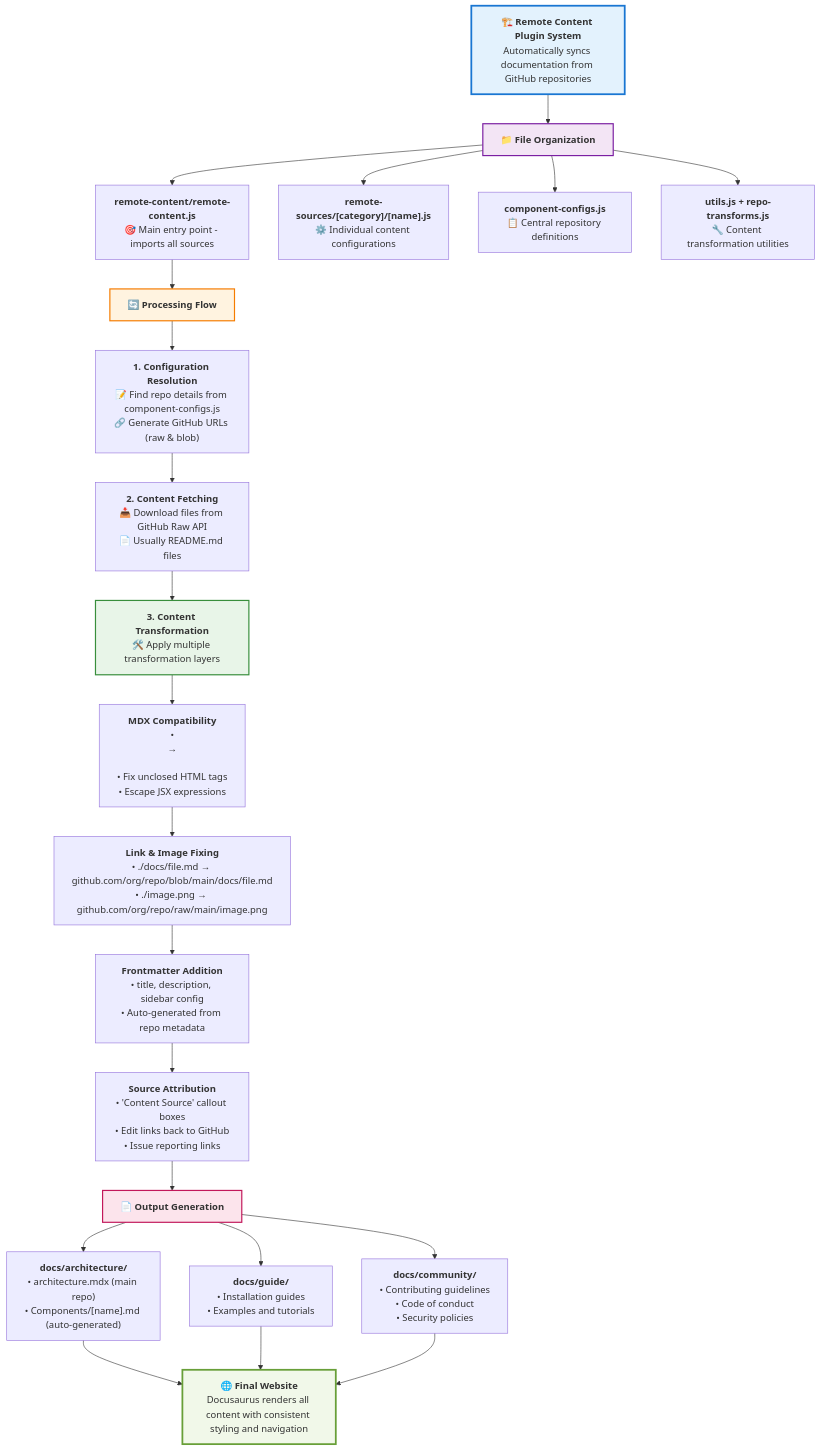
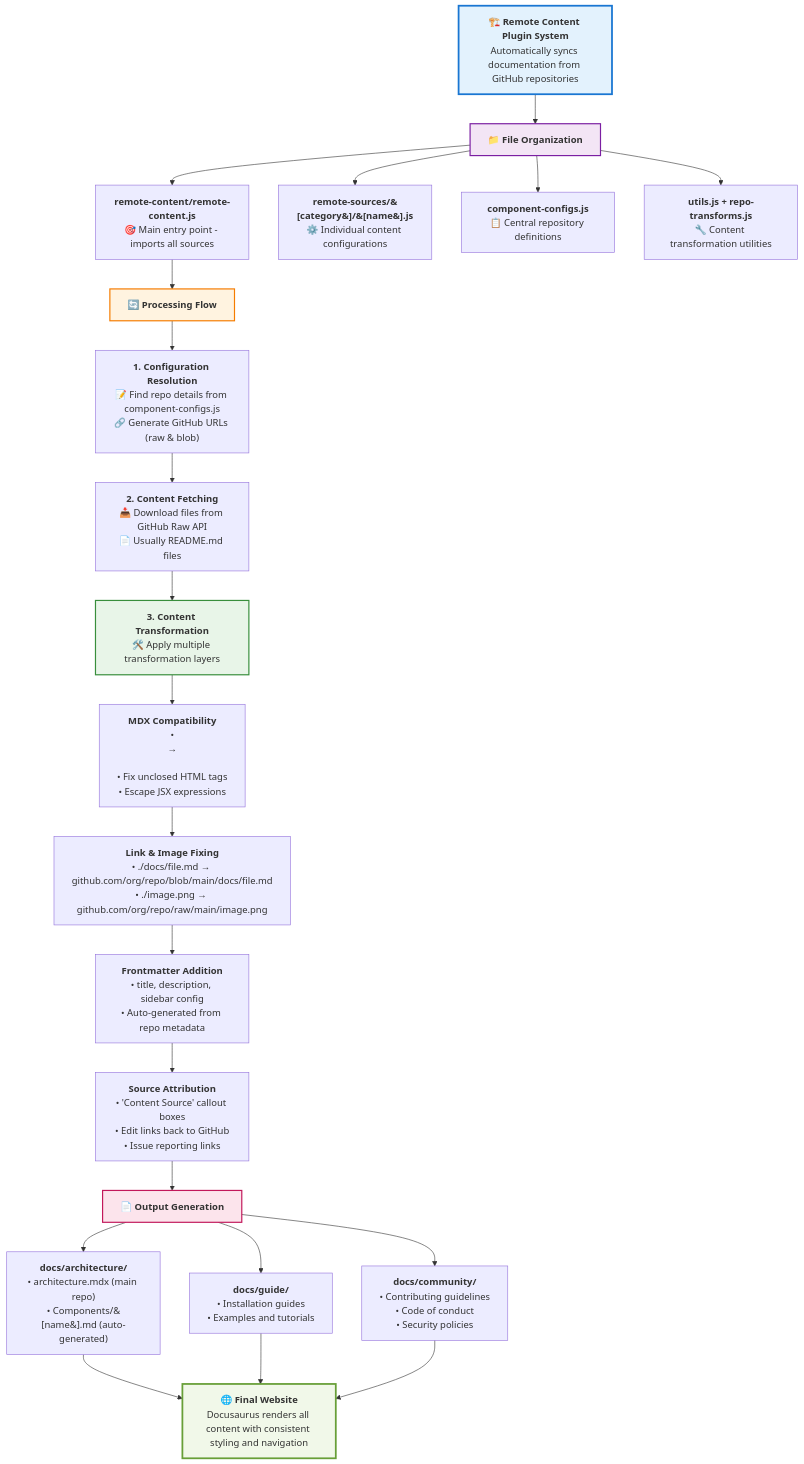
The first of 3 diagrams in remote-content/README.md (llm-d/llm-d.github.io), drawn with Mermaid before and after one commit. The commit also changed other lines of this file, not shown here.

Commit message:
Update README.md to fix mermaid escaping issues

````diff
--- a/remote-content/README.md
+++ b/remote-content/README.md
@@ -66,72 +66,72 @@
 ```mermaid
 flowchart TD
     A["`**🏗️ Remote Content Plugin System**
     Automatically syncs documentation from GitHub repositories`"] --> B["`**📁 File Organization**`"]
     
     B --> B1["`**remote-content/remote-content.js**
     🎯 Main entry point - imports all sources`"]
-    B --> B2["`**remote-sources/[category]/[name].js**
+    B --> B2["`**remote-sources/&#91;category&#93;/&#91;name&#93;.js**
     ⚙️ Individual content configurations`"]
     B --> B3["`**component-configs.js**
     📋 Central repository definitions`"]
     B --> B4["`**utils.js + repo-transforms.js**
     🔧 Content transformation utilities`"]
     
     B1 --> C["`**🔄 Processing Flow**`"]
     
     C --> C1["`**1. Configuration Resolution**
     📝 Find repo details from component-configs.js
     🔗 Generate GitHub URLs (raw & blob)`"]
     
     C1 --> C2["`**2. Content Fetching**
     📥 Download files from GitHub Raw API
     📄 Usually README.md files`"]
     
     C2 --> C3["`**3. Content Transformation**
     🛠️ Apply multiple transformation layers`"]
     
     C3 --> C3a["`**MDX Compatibility**
     • <br> → <br />
     • Fix unclosed HTML tags
     • Escape JSX expressions`"]
     
     C3a --> C3b["`**Link & Image Fixing**
     • ./docs/file.md → github.com/org/repo/blob/main/docs/file.md
     • ./image.png → github.com/org/repo/raw/main/image.png`"]
     
     C3b --> C3c["`**Frontmatter Addition**
     • title, description, sidebar config
     • Auto-generated from repo metadata`"]
     
     C3c --> C3d["`**Source Attribution**
     • 'Content Source' callout boxes
     • Edit links back to GitHub
     • Issue reporting links`"]
     
     C3d --> D["`**📄 Output Generation**`"]
     
     D --> D1["`**docs/architecture/**
     • architecture.mdx (main repo)
-    • Components/[name].md (auto-generated)`"]
+    • Components/&#91;name&#93;.md (auto-generated)`"]
     
     D --> D2["`**docs/guide/**
     • Installation guides
     • Examples and tutorials`"]
     
     D --> D3["`**docs/community/**
     • Contributing guidelines
     • Code of conduct
     • Security policies`"]
     
     D1 --> E["`**🌐 Final Website**
     Docusaurus renders all content with consistent styling and navigation`"]
     D2 --> E
     D3 --> E
     
     style A fill:#e3f2fd,stroke:#1976d2,stroke-width:3px
     style B fill:#f3e5f5,stroke:#7b1fa2,stroke-width:2px
     style C fill:#fff3e0,stroke:#f57c00,stroke-width:2px
     style C3 fill:#e8f5e8,stroke:#388e3c,stroke-width:2px
     style D fill:#fce4ec,stroke:#c2185b,stroke-width:2px
     style E fill:#f1f8e9,stroke:#689f38,stroke-width:3px
 ```
````
